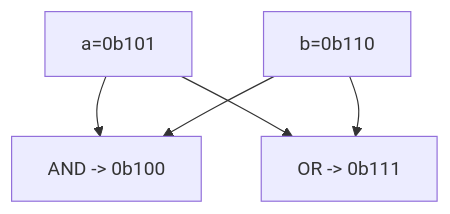
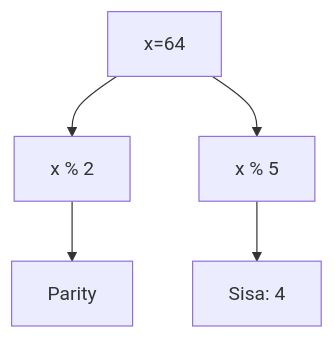
The eighth of 25 diagrams in part-c-pemahaman-cpp/06-bitwise/latihan/set-01.md (amnahwaida/OSNK_INF_PREP), drawn with Mermaid before and after one commit. The commit also changed other lines of this file and 71 other files, not shown here.

````diff
--- a/part-c-pemahaman-cpp/06-bitwise/latihan/set-01.md
+++ b/part-c-pemahaman-cpp/06-bitwise/latihan/set-01.md
@@ -219,7 +234,7 @@
 ```mermaid
 graph TD
-    A["a=0b101"] --> C["AND -> 0b100"]
-    B["b=0b110"] --> C
-    A --> D["OR  -> 0b111"]
-    B --> D
+A[x=64] --> B[x % 2]
+B --> C[Parity]
+A --> D[x % 5]
+D --> E[Sisa: 4]
 ```
````
